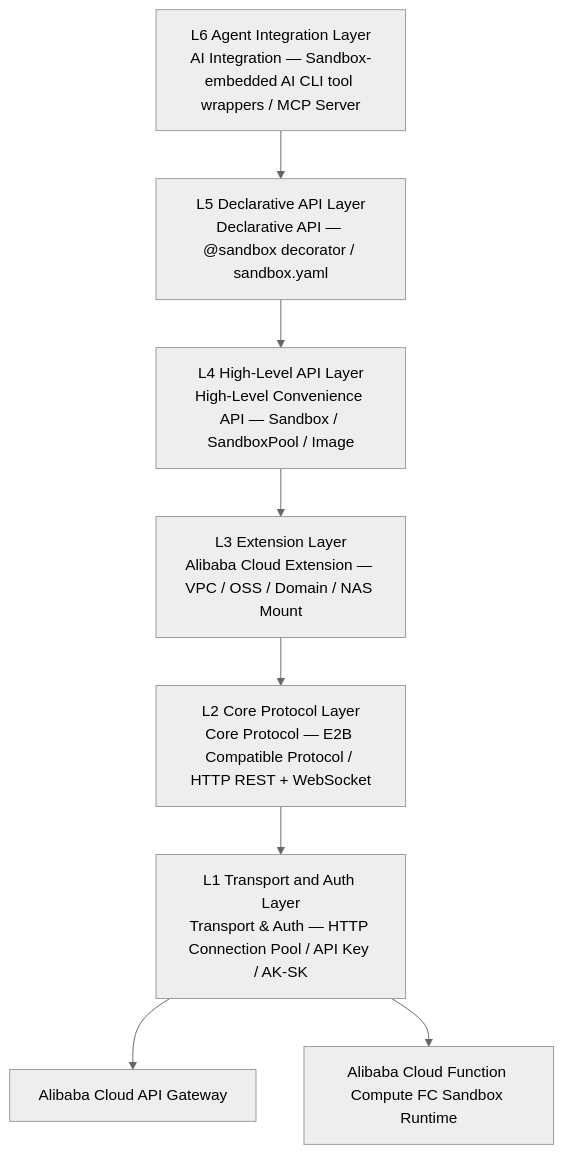
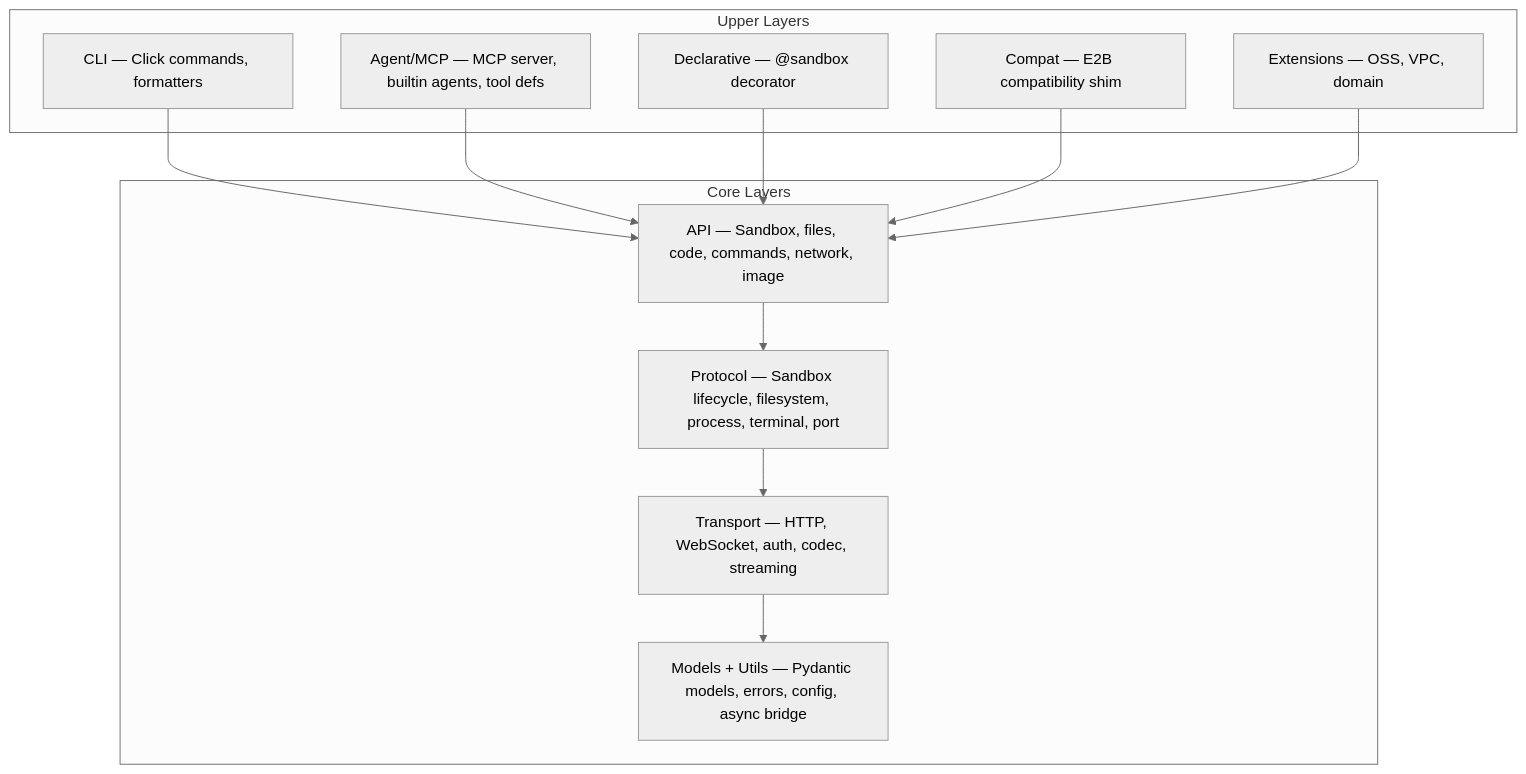
The diagram in docs/en/DESIGN.md (Easy-Sandbox/easy-sandbox), drawn with Mermaid (neutral theme) before and after one commit. The commit also changed other lines of this file and 357 other files, not shown here.

````diff
--- a/docs/en/DESIGN.md
+++ b/docs/en/DESIGN.md
@@ -116,14 +40,23 @@
 ```mermaid
-graph TD
-    L6["L6 Agent Integration Layer\nAI Integration — Sandbox-embedded AI CLI tool wrappers / MCP Server"]
-    L5["L5 Declarative API Layer\nDeclarative API — @sandbox decorator / sandbox.yaml"]
-    L4["L4 High-Level API Layer\nHigh-Level Convenience API — Sandbox / SandboxPool / Image"]
-    L3["L3 Extension Layer\nAlibaba Cloud Extension — VPC / OSS / Domain / NAS Mount"]
-    L2["L2 Core Protocol Layer\nCore Protocol — E2B Compatible Protocol / HTTP REST + WebSocket"]
-    L1["L1 Transport and Auth Layer\nTransport & Auth — HTTP Connection Pool / API Key / AK-SK"]
-    GW["Alibaba Cloud API Gateway"]
-    FC["Alibaba Cloud Function Compute FC Sandbox Runtime"]
-    L6 --> L5 --> L4 --> L3 --> L2 --> L1
-    L1 --> GW
-    L1 --> FC
+graph TB
+    subgraph Upper["Upper Layers"]
+        CLI["CLI — Click commands, formatters"]
+        Agent["Agent/MCP — MCP server, builtin agents, tool defs"]
+        Decl["Declarative — @sandbox decorator"]
+        Compat["Compat — E2B compatibility shim"]
+        Ext["Extensions — OSS, VPC, domain"]
+    end
+    subgraph Core["Core Layers"]
+        L3["API — Sandbox, files, code, commands, network, image"]
+        L2["Protocol — Sandbox lifecycle, filesystem, process, terminal, port"]
+        L1["Transport — HTTP, WebSocket, auth, codec, streaming"]
+        L0["Models + Utils — Pydantic models, errors, config, async bridge"]
+    end
+
+    CLI --> L3
+    Agent --> L3
+    Decl --> L3
+    Compat --> L3
+    Ext --> L3
+    L3 --> L2 --> L1 --> L0
 ```
````
